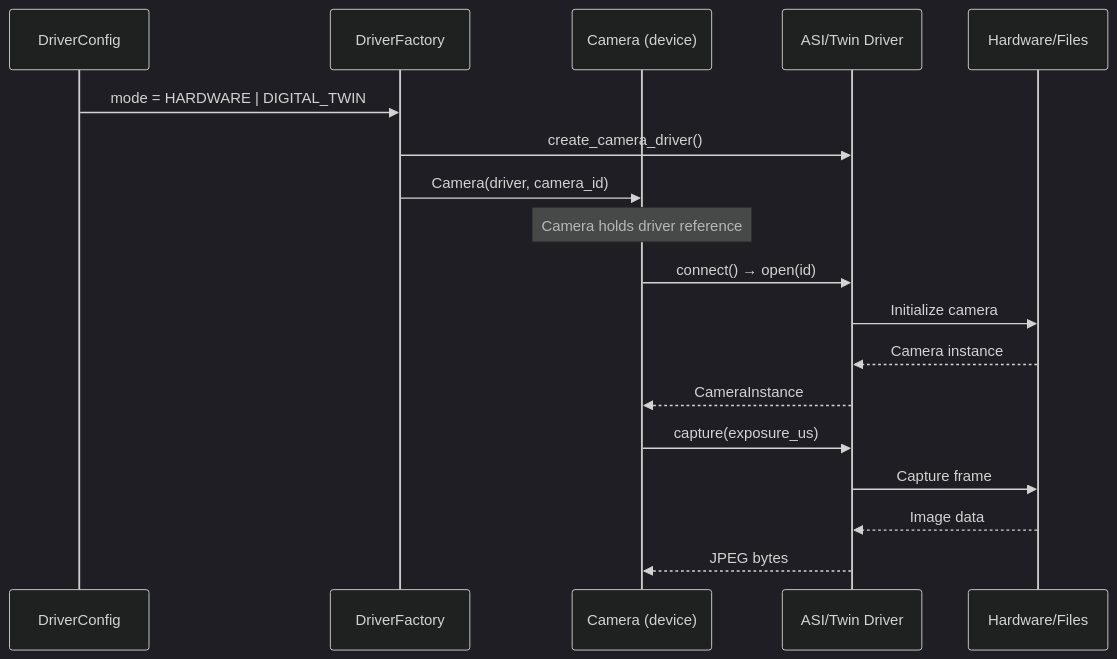
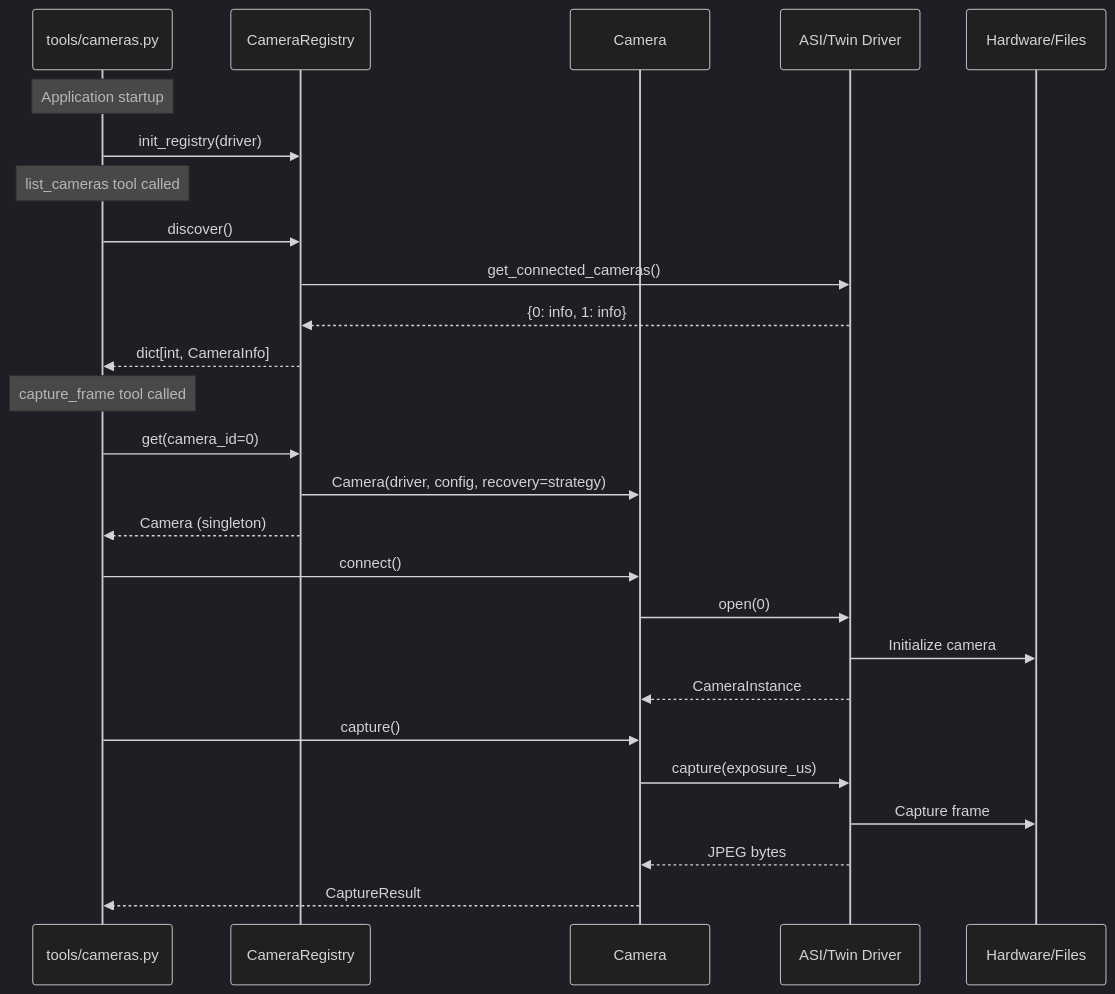
Before and after one commit to mgrandau/telescope-mcp: the seventh of 8 diagrams in docs/architecture/cameras.md, drawn with Mermaid. The commit also changed other lines of this file and 7 other files, not shown here.

````diff
--- a/docs/architecture/cameras.md
+++ b/docs/architecture/cameras.md
@@ -317,25 +417,34 @@
 ```mermaid
 %%{init: {'theme': 'dark'}}%%
 sequenceDiagram
-    participant Config as DriverConfig
-    participant Factory as DriverFactory
-    participant Camera as Camera (device)
+    participant Tools as tools/cameras.py
+    participant Registry as CameraRegistry
+    participant Camera as Camera
     participant Driver as ASI/Twin Driver
     participant HW as Hardware/Files
 
-    Config->>Factory: mode = HARDWARE | DIGITAL_TWIN
-    Factory->>Driver: create_camera_driver()
-    Factory->>Camera: Camera(driver, camera_id)
+    Note over Tools: Application startup
+    Tools->>Registry: init_registry(driver)
     
-    Note over Camera: Camera holds driver reference
+    Note over Tools: list_cameras tool called
+    Tools->>Registry: discover()
+    Registry->>Driver: get_connected_cameras()
+    Driver-->>Registry: {0: info, 1: info}
+    Registry-->>Tools: dict[int, CameraInfo]
     
-    Camera->>Driver: connect() → open(id)
+    Note over Tools: capture_frame tool called
+    Tools->>Registry: get(camera_id=0)
+    Registry->>Camera: Camera(driver, config, recovery=strategy)
+    Registry-->>Tools: Camera (singleton)
+    
+    Tools->>Camera: connect()
+    Camera->>Driver: open(0)
     Driver->>HW: Initialize camera
-    HW-->>Driver: Camera instance
     Driver-->>Camera: CameraInstance
     
+    Tools->>Camera: capture()
     Camera->>Driver: capture(exposure_us)
     Driver->>HW: Capture frame
-    HW-->>Driver: Image data
     Driver-->>Camera: JPEG bytes
+    Camera-->>Tools: CaptureResult
 ```
````
